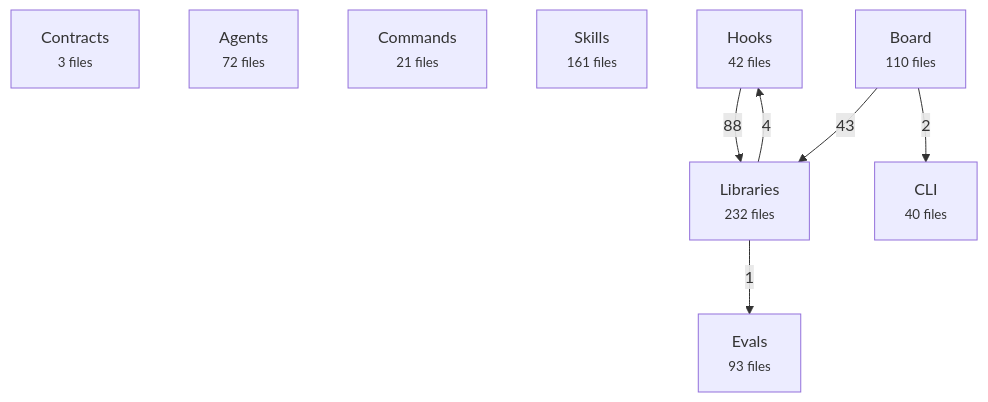
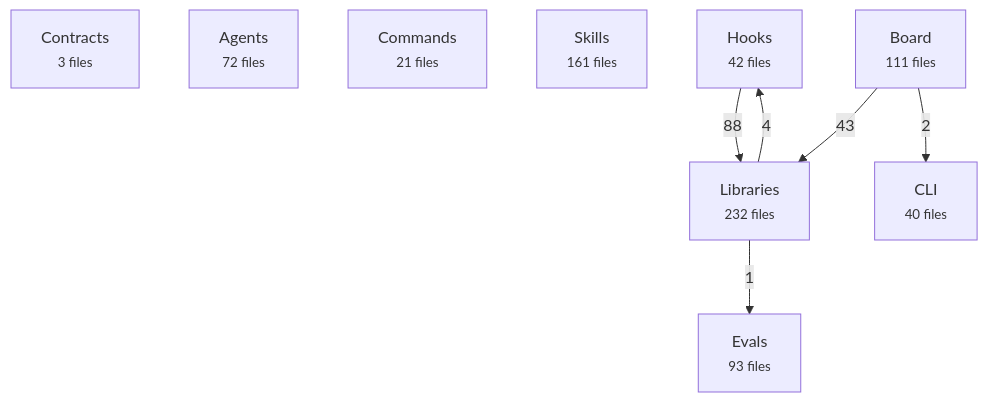
Before and after one commit to avelikiy/great_cto: the first of 2 diagrams in docs/reference/architecture-map.md, drawn with Mermaid. The commit also changed other lines of this file and 5 other files, not shown here.

````diff
--- a/docs/reference/architecture-map.md
+++ b/docs/reference/architecture-map.md
@@ -20,17 +20,17 @@
 ```mermaid
 flowchart TD
   contracts["Contracts<br/><small>3 files</small>"]
   agents["Agents<br/><small>72 files</small>"]
   commands["Commands<br/><small>21 files</small>"]
   skills["Skills<br/><small>161 files</small>"]
   hooks["Hooks<br/><small>42 files</small>"]
   libs["Libraries<br/><small>232 files</small>"]
-  board["Board<br/><small>110 files</small>"]
+  board["Board<br/><small>111 files</small>"]
   cli["CLI<br/><small>40 files</small>"]
   evals["Evals<br/><small>93 files</small>"]
   hooks -->|88| libs
   board -->|43| libs
   libs -->|4| hooks
   board -->|2| cli
   libs -->|1| evals
 ```
````
